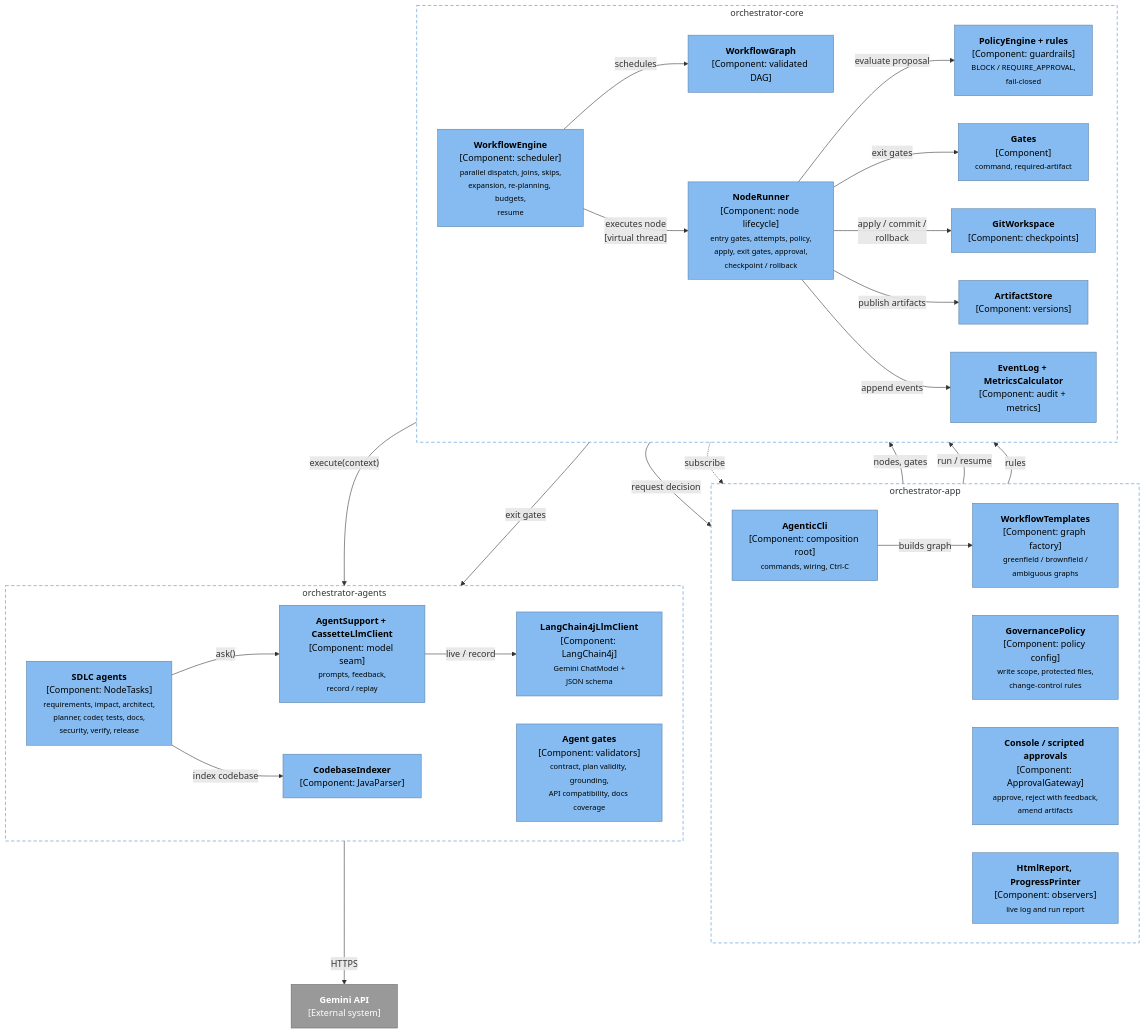
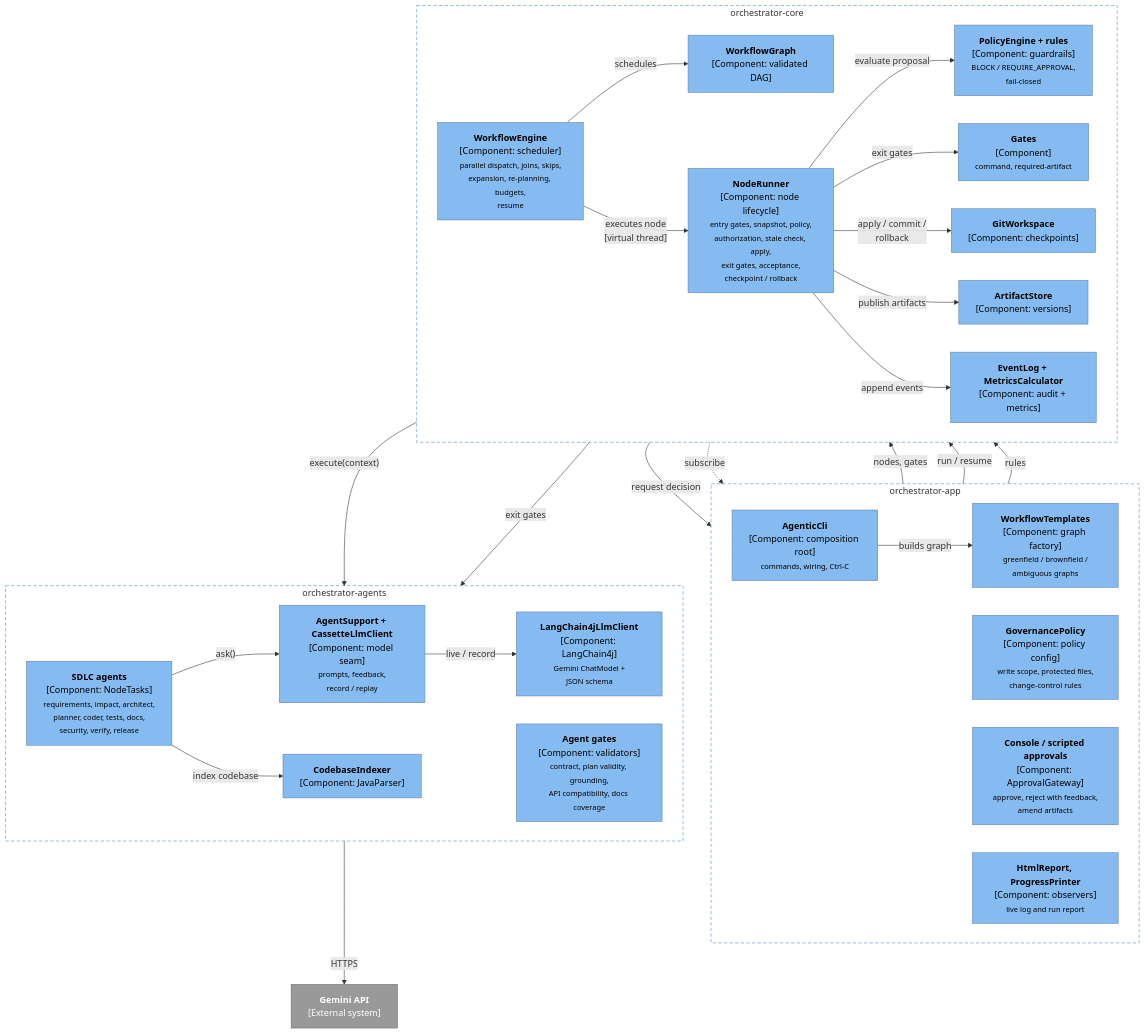
Before and after one commit to Marisha-Sahay/agentic-sdlc-orchestrator: the third of 6 diagrams in docs/c4-model.md, drawn with Mermaid. The commit also changed other lines of this file and 30 other files, not shown here.

````diff
--- a/docs/c4-model.md
+++ b/docs/c4-model.md
@@ -113,62 +113,62 @@
 ```mermaid
 flowchart TB
   subgraph app["orchestrator-app"]
     direction LR
     cliMain["<b>AgenticCli</b><br/>[Component: composition root]<br/><small>commands, wiring, Ctrl-C</small>"]
     templates["<b>WorkflowTemplates</b><br/>[Component: graph factory]<br/><small>greenfield / brownfield /<br/>ambiguous graphs</small>"]
     policyCfg["<b>GovernancePolicy</b><br/>[Component: policy config]<br/><small>write scope, protected files,<br/>change-control rules</small>"]
     approvals["<b>Console / scripted approvals</b><br/>[Component: ApprovalGateway]<br/><small>approve, reject with feedback,<br/>amend artifacts</small>"]
     reporting["<b>HtmlReport, ProgressPrinter</b><br/>[Component: observers]<br/><small>live log and run report</small>"]
   end
 
   subgraph core["orchestrator-core"]
     direction LR
     engine["<b>WorkflowEngine</b><br/>[Component: scheduler]<br/><small>parallel dispatch, joins, skips,<br/>expansion, re-planning, budgets,<br/>resume</small>"]
-    runner["<b>NodeRunner</b><br/>[Component: node lifecycle]<br/><small>entry gates, attempts, policy,<br/>apply, exit gates, approval,<br/>checkpoint / rollback</small>"]
+    runner["<b>NodeRunner</b><br/>[Component: node lifecycle]<br/><small>entry gates, snapshot, policy,<br/>authorization, stale check, apply,<br/>exit gates, acceptance,<br/>checkpoint / rollback</small>"]
     dag["<b>WorkflowGraph</b><br/>[Component: validated DAG]"]
     policy["<b>PolicyEngine + rules</b><br/>[Component: guardrails]<br/><small>BLOCK / REQUIRE_APPROVAL,<br/>fail-closed</small>"]
     gates["<b>Gates</b><br/>[Component]<br/><small>command, required-artifact</small>"]
     gitws["<b>GitWorkspace</b><br/>[Component: checkpoints]"]
     store["<b>ArtifactStore</b><br/>[Component: versions]"]
     audit["<b>EventLog + MetricsCalculator</b><br/>[Component: audit + metrics]"]
   end
 
   subgraph agents["orchestrator-agents"]
     direction LR
     sdlc["<b>SDLC agents</b><br/>[Component: NodeTasks]<br/><small>requirements, impact, architect,<br/>planner, coder, tests, docs,<br/>security, verify, release</small>"]
     agentGates["<b>Agent gates</b><br/>[Component: validators]<br/><small>contract, plan validity, grounding,<br/>API compatibility, docs coverage</small>"]
     indexer["<b>CodebaseIndexer</b><br/>[Component: JavaParser]"]
     seam["<b>AgentSupport + CassetteLlmClient</b><br/>[Component: model seam]<br/><small>prompts, feedback,<br/>record / replay</small>"]
     l4j["<b>LangChain4jLlmClient</b><br/>[Component: LangChain4j]<br/><small>Gemini ChatModel +<br/>JSON schema</small>"]
   end
 
   gemini["<b>Gemini API</b><br/>[External system]"]
 
   cliMain -- "builds graph" --> templates
   templates -- "nodes, gates" --> dag
   cliMain -- "run / resume" --> engine
   policyCfg -- "rules" --> policy
   engine -- "schedules" --> dag
   engine -- "executes node<br/>[virtual thread]" --> runner
   runner -- "execute(context)" --> sdlc
   runner -- "evaluate proposal" --> policy
   runner -- "exit gates" --> gates
   runner -- "exit gates" --> agentGates
   runner -- "request decision" --> approvals
   runner -- "apply / commit /<br/>rollback" --> gitws
   runner -- "publish artifacts" --> store
   runner -- "append events" --> audit
   sdlc -- "ask()" --> seam
   sdlc -- "index codebase" --> indexer
   seam -- "live / record" --> l4j
   l4j -- "HTTPS" --> gemini
   audit -. "subscribe" .-> reporting
 
   classDef component fill:#85bbf0,stroke:#5d82a8,color:#000
   classDef external fill:#999999,stroke:#6b6b6b,color:#fff
   class cliMain,templates,policyCfg,approvals,reporting,engine,runner,dag,policy,gates,gitws,store,audit,sdlc,agentGates,indexer,seam,l4j component
   class gemini external
   style app fill:none,stroke:#438dd5,stroke-dasharray:6 4
   style core fill:none,stroke:#438dd5,stroke-dasharray:6 4
   style agents fill:none,stroke:#438dd5,stroke-dasharray:6 4
 ```
````
